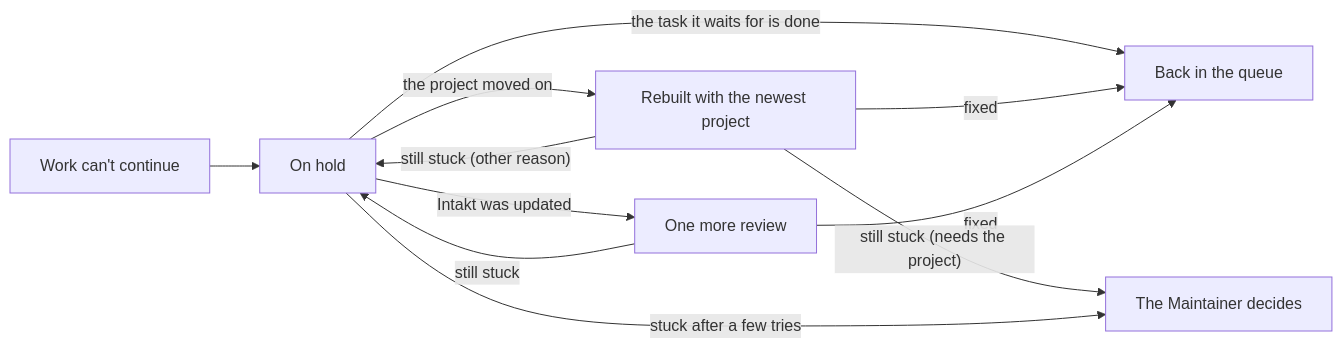
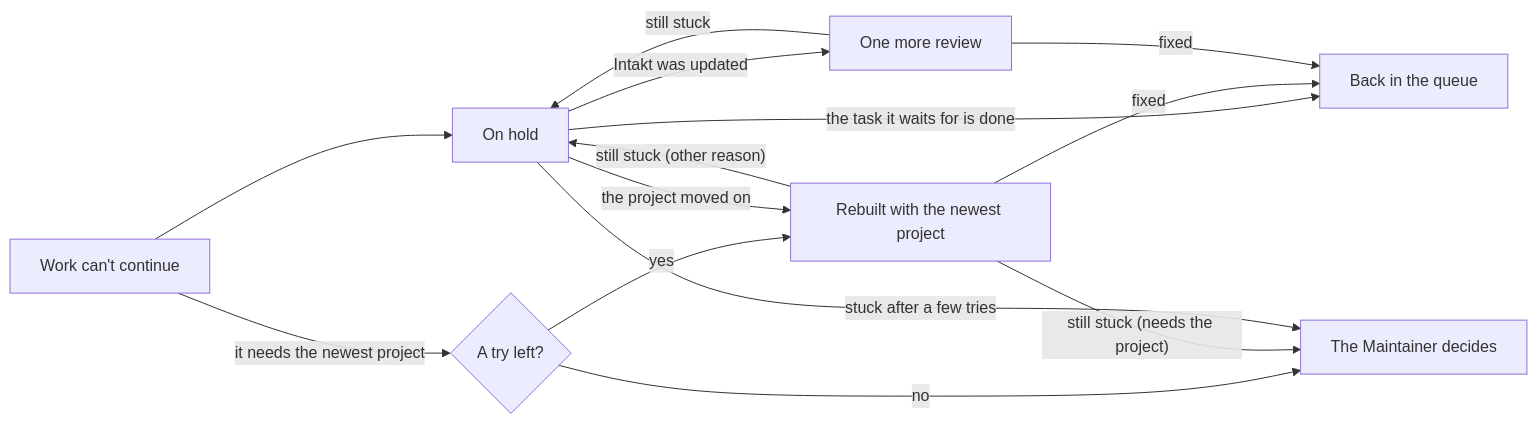
One commit to shinyredapples/intakt changed the fifth of 6 diagrams in docs/guide/how-intakt-works.md. Above: the diagram before and after it, drawn with Mermaid. The commit also changed other lines of this file and 3 other files, not shown here.

````diff
--- a/docs/guide/how-intakt-works.md
+++ b/docs/guide/how-intakt-works.md
@@ -139,13 +139,16 @@
 ```mermaid
 flowchart LR
   w[Work can't continue] --> h[On hold]
+  w -- "it needs the newest project" --> left{A try left?}
+  left -- yes --> rebuild
+  left -- no --> m
   h -- "the task it waits for is done" --> go[Back in the queue]
   h -- "the project moved on" --> rebuild[Rebuilt with the newest project]
   h -- "Intakt was updated" --> retry[One more review]
   rebuild -- fixed --> go
   retry -- fixed --> go
   rebuild -- "still stuck (needs the project)" --> m
   rebuild -- "still stuck (other reason)" --> h
   retry -- still stuck --> h
   h -- "stuck after a few tries" --> m[The Maintainer decides]
 ```
````
